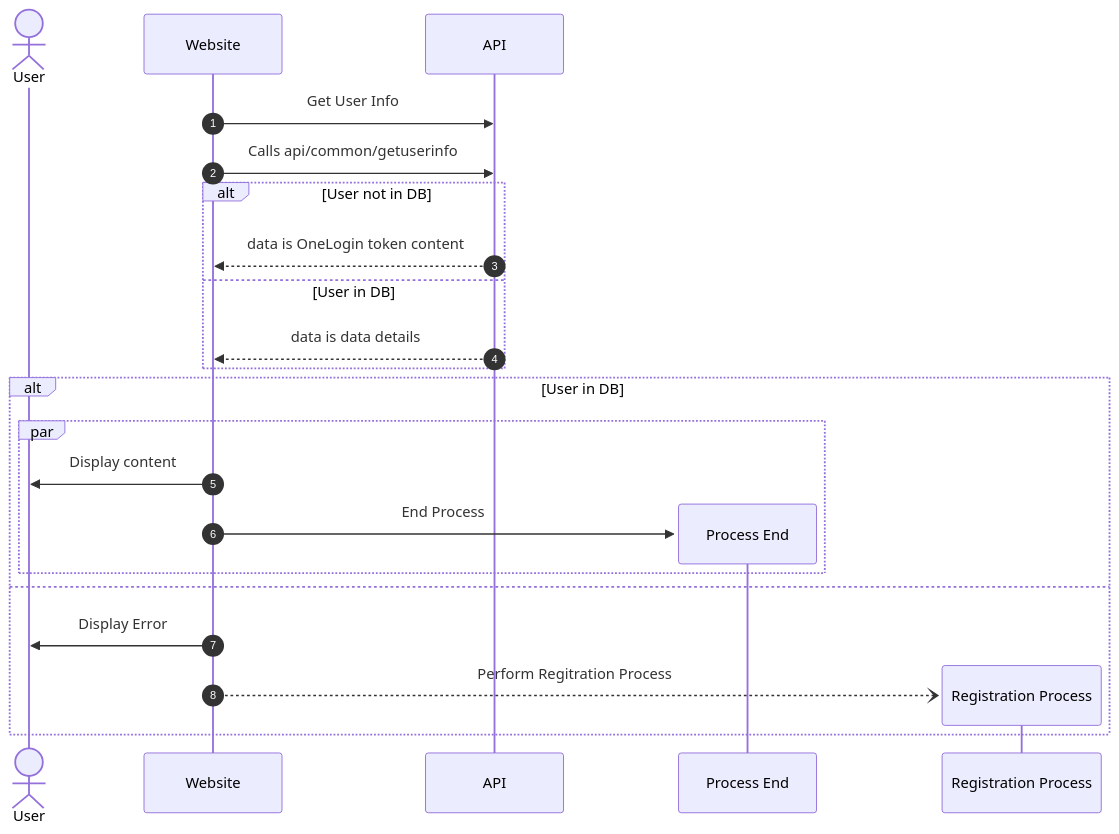
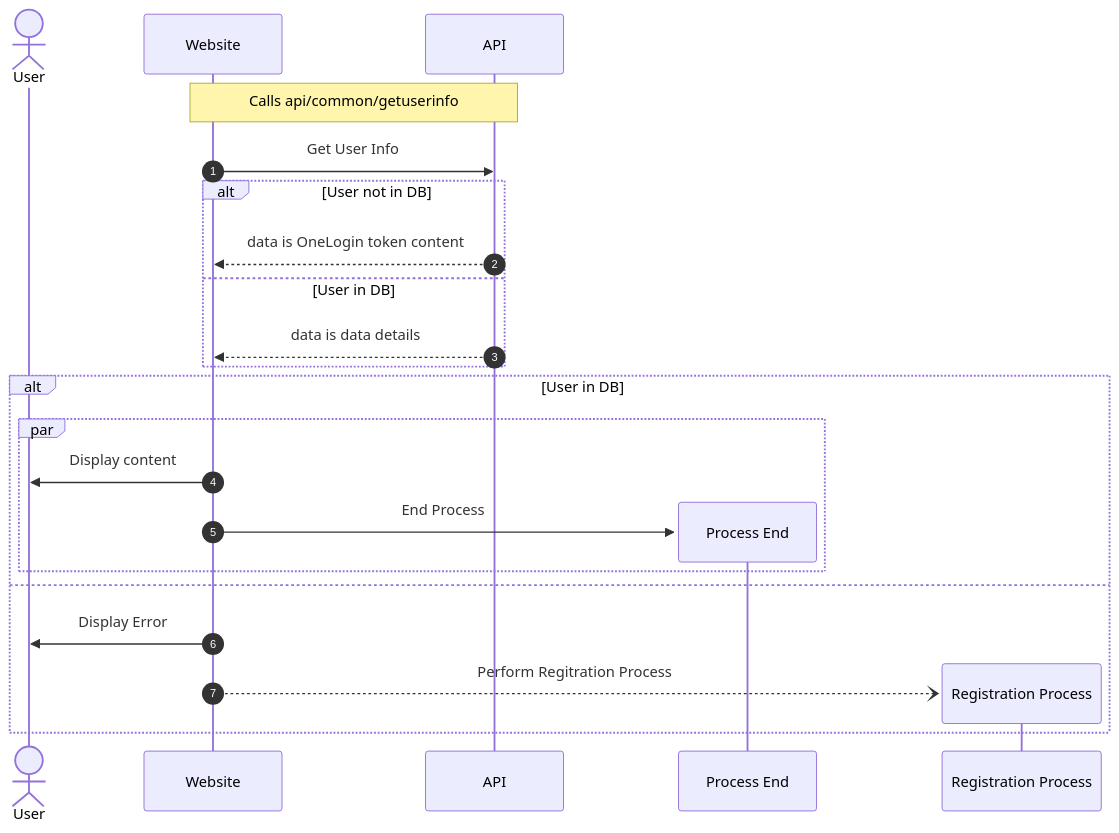
Before and after one commit to irwints-ph/demo: the second of 3 diagrams in test-login-process.md, drawn with Mermaid. The commit also changed other lines of this file, not shown here.

````diff
--- a/test-login-process.md
+++ b/test-login-process.md
@@ -39,28 +41,28 @@
 ```mermaid
 sequenceDiagram
   autonumber
     actor User
     participant FE as Website
     participant API
     
     
+    note over FE,API: Calls api/common/getuserinfo
+    FE->>API: Get User Info
 
-    FE->>API: Get User Info
-    FE->>API: Calls api/common/getuserinfo
     alt User not in DB
         API-->>FE: data is OneLogin token content
     else User in DB
         API-->>FE: data is data details
     end
     alt User in DB
         par
         FE->>User: Display content
         create participant E as Process End
         FE->>E: End Process
         end
     else
         FE->>User: Display Error
         create participant R as Registration Process
         FE--)R: Perform Regitration Process
     end
 ```
````
